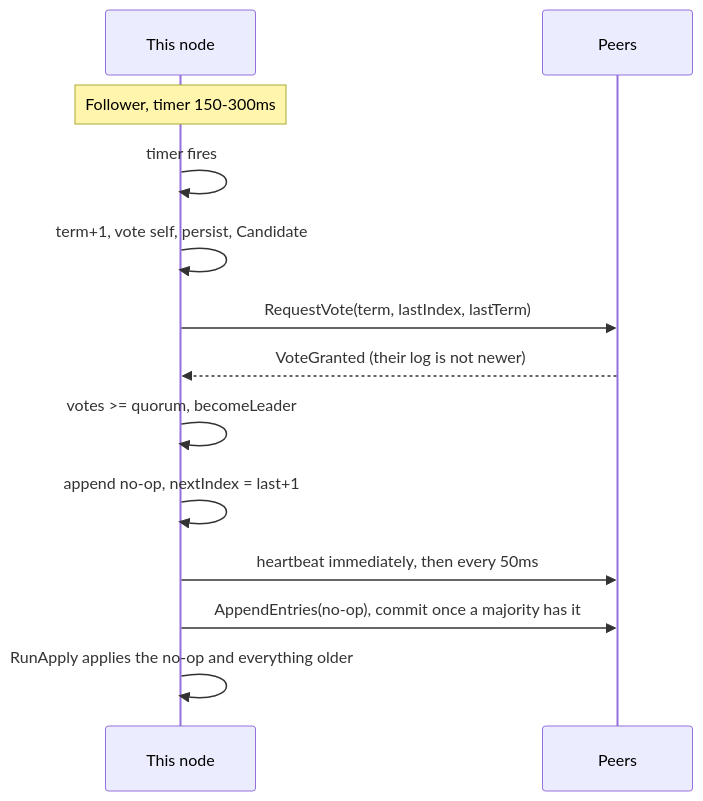
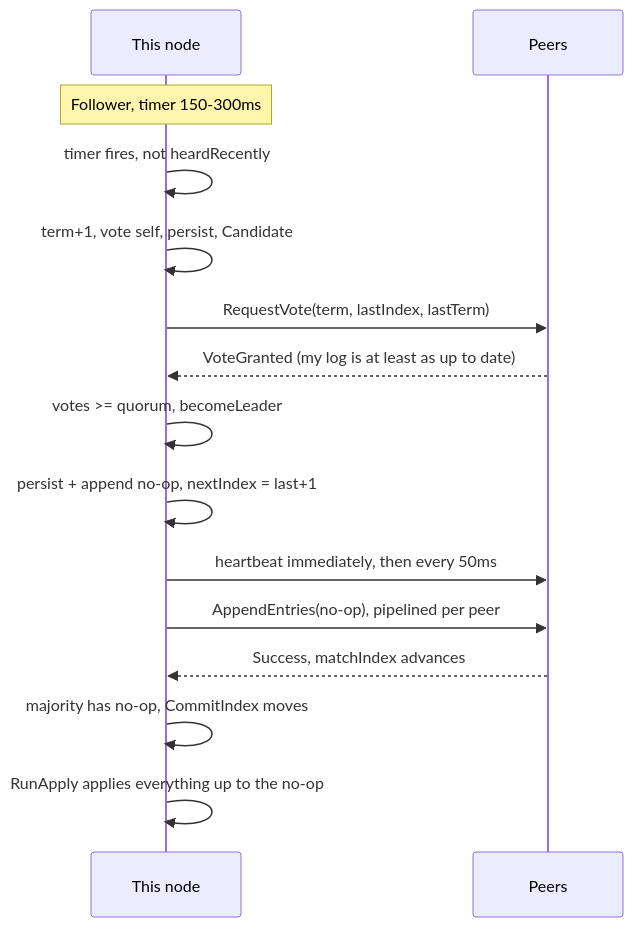
One commit to Tarun-Elango/hobbyDB changed the third of 4 diagrams in flow/2. node-startup.md. Above: the diagram before and after it, drawn with Mermaid. The commit also changed other lines of this file and 8 other files, not shown here.

Commit message:
udpating results and state diagrams

````diff
--- a/flow/2. node-startup.md
+++ b/flow/2. node-startup.md
@@ -68,15 +91,17 @@
 ```mermaid
 sequenceDiagram
     participant N as This node
     participant P as Peers
     Note over N: Follower, timer 150-300ms
-    N->>N: timer fires
+    N->>N: timer fires, not heardRecently
     N->>N: term+1, vote self, persist, Candidate
     N->>P: RequestVote(term, lastIndex, lastTerm)
-    P-->>N: VoteGranted (their log is not newer)
+    P-->>N: VoteGranted (my log is at least as up to date)
     N->>N: votes >= quorum, becomeLeader
-    N->>N: append no-op, nextIndex = last+1
+    N->>N: persist + append no-op, nextIndex = last+1
     N->>P: heartbeat immediately, then every 50ms
-    N->>P: AppendEntries(no-op), commit once a majority has it
-    N->>N: RunApply applies the no-op and everything older
+    N->>P: AppendEntries(no-op), pipelined per peer
+    P-->>N: Success, matchIndex advances
+    N->>N: majority has no-op, CommitIndex moves
+    N->>N: RunApply applies everything up to the no-op
 ```
````
